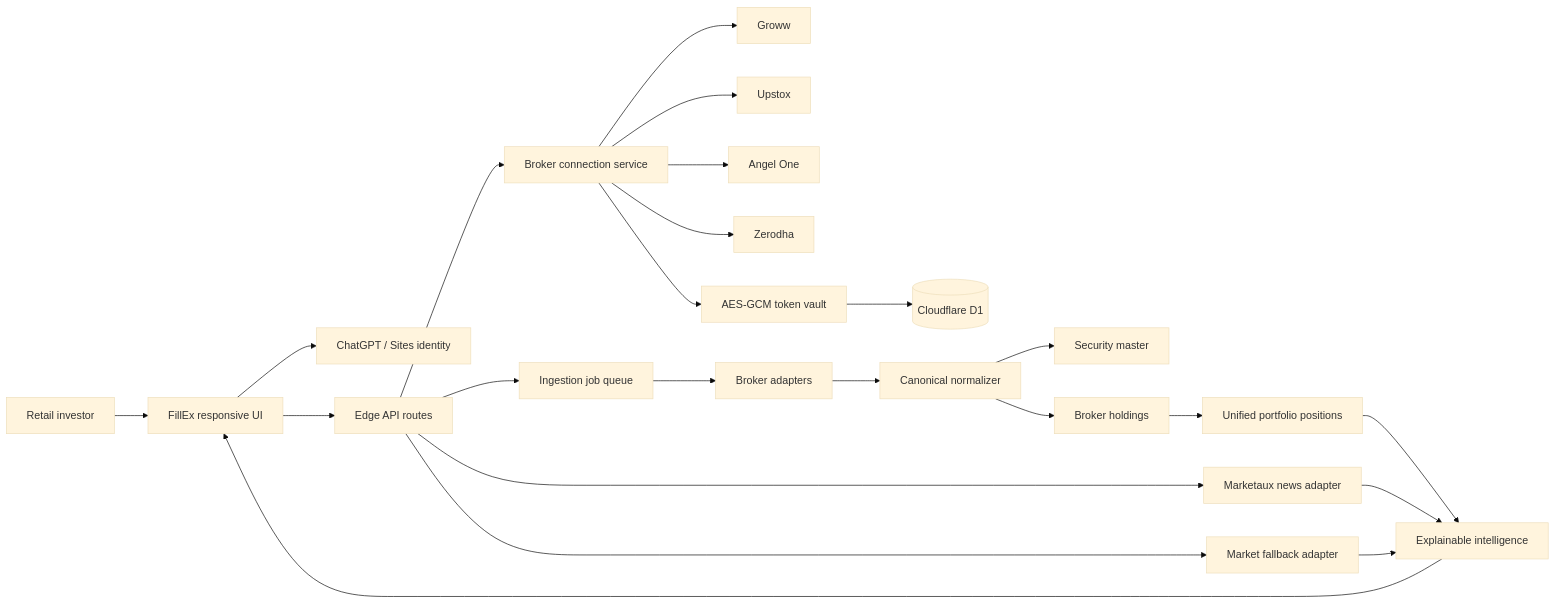
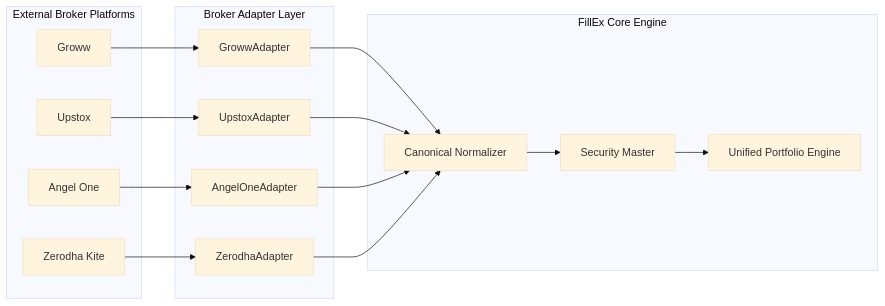
One commit to abhivardhan20-coder/FillEx changed the second of 13 diagrams in README.md. Above: the diagram before and after it, drawn with Mermaid (base theme). The commit also changed other lines of this file, not shown here.

Commit message:
docs: update comprehensive architecture, broker integrations, and multi-agent RAG README

````diff
--- a/README.md
+++ b/README.md
@@ -217,29 +225,30 @@
 ```mermaid
 flowchart LR
-    U[Retail investor] --> UI[FillEx responsive UI]
-    UI --> AUTH[ChatGPT / Sites identity]
-    UI --> API[Edge API routes]
+    subgraph Brokers["External Broker Platforms"]
+        G[Groww]
+        U[Upstox]
+        A[Angel One]
+        Z[Zerodha Kite]
+    end
 
-    API --> BC[Broker connection service]
-    BC --> G[Groww]
-    BC --> UP[Upstox]
-    BC --> AO[Angel One]
-    BC --> Z[Zerodha]
+    subgraph Adapters["Broker Adapter Layer"]
+        GA[GrowwAdapter]
+        UA[UpstoxAdapter]
+        AA[AngelOneAdapter]
+        ZA[ZerodhaAdapter]
+    end
 
-    BC --> CRYPTO[AES-GCM token vault]
-    CRYPTO --> D1[(Cloudflare D1)]
+    subgraph Core["FillEx Core Engine"]
+        NORM[Canonical Normalizer]
+        SEC[Security Master]
+        PORT[Unified Portfolio Engine]
+    end
 
-    API --> JQ[Ingestion job queue]
-    JQ --> ADAPTER[Broker adapters]
-    ADAPTER --> NORMALIZER[Canonical normalizer]
-    NORMALIZER --> MASTER[Security master]
-    NORMALIZER --> HOLDINGS[Broker holdings]
-    HOLDINGS --> UNIFIED[Unified portfolio positions]
+    G --> GA
+    U --> UA
+    A --> AA
+    Z --> ZA
 
-    API --> NEWS[Marketaux news adapter]
-    API --> MARKET[Market fallback adapter]
-    NEWS --> INTEL[Explainable intelligence]
-    MARKET --> INTEL
-    UNIFIED --> INTEL
-    INTEL --> UI
+    GA & UA & AA & ZA --> NORM
+    NORM --> SEC --> PORT
 ```
````
